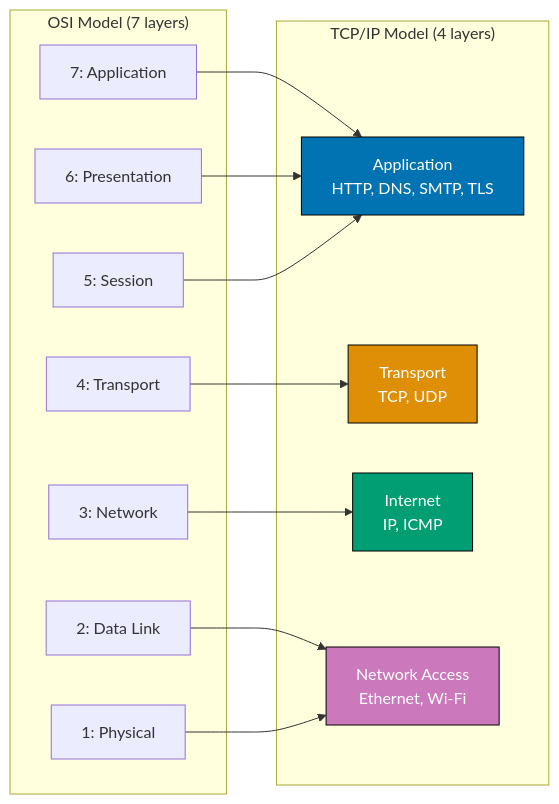
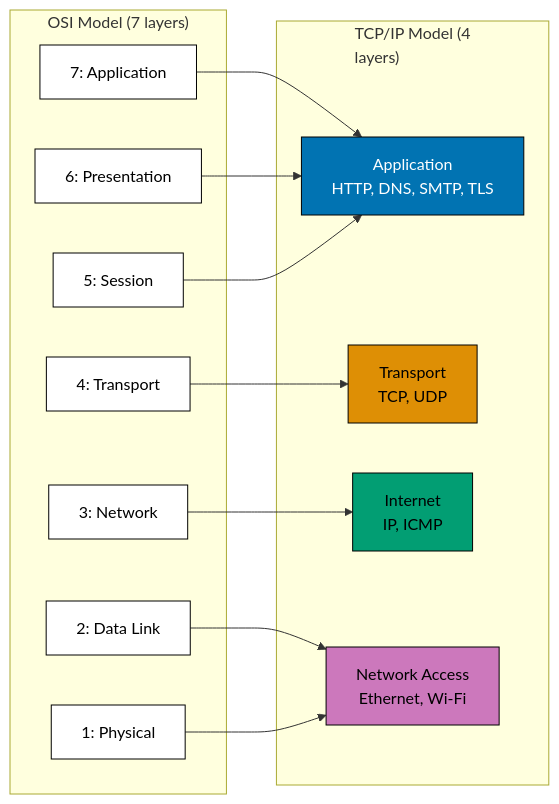
Before and after one commit to wahidyankf/ose-public: the second of 8 diagrams in apps/ayokoding-www/content/en/learn/legacy/software-engineering/networking/by-example/beginner.md, drawn with Mermaid. The commit also changed other lines of this file and 78 other files, not shown here.

First line of the commit message:
fix(mermaid): bring the remaining legacy software-engineering diagrams onto the accessible palette

````diff
--- a/apps/ayokoding-www/content/en/learn/legacy/software-engineering/networking/by-example/beginner.md
+++ b/apps/ayokoding-www/content/en/learn/legacy/software-engineering/networking/by-example/beginner.md
@@ -134,32 +142,39 @@
 ```mermaid
 %% Color Palette: Blue #0173B2, Orange #DE8F05, Teal #029E73, Purple #CC78BC, Brown #CA9161
 graph LR
+    accTitle: Example 3: TCP/IP Model vs OSI Model
+    accDescr: Graph with 11 nodes and 7 connections. Nodes: 7: Application, 6: Presentation, 5: Session, 4: Transport, 3: Network, 2: Data Link, 1: Physical, Application HTTP, DNS, SMTP, TLS, Transport TCP, UDP, Internet IP, ICMP, Network Access Ethernet, Wi-Fi. Connections: 7: Application to Application HTTP, DNS, SMTP, TLS, 6: Presentation to Application HTTP, DNS, SMTP, TLS, 5: Session to Application HTTP, DNS, SMTP, TLS, 4: Transport to Transport TCP, UDP, 3: Network to Internet IP, ICMP, 2: Data Link to Network Access Ethernet, Wi-Fi, 1: Physical to Network Access Ethernet, Wi-Fi.
     subgraph OSI["OSI Model (7 layers)"]
         O7["7: Application"]
         O6["6: Presentation"]
         O5["5: Session"]
         O4["4: Transport"]
         O3["3: Network"]
         O2["2: Data Link"]
         O1["1: Physical"]
     end
-    subgraph TCPIP["TCP/IP Model (4 layers)"]
+    subgraph TCPIP["TCP/IP Model (4<br/>layers)"]
         T4["Application<br/>HTTP, DNS, SMTP, TLS"]
         T3["Transport<br/>TCP, UDP"]
         T2["Internet<br/>IP, ICMP"]
         T1["Network Access<br/>Ethernet, Wi-Fi"]
     end
 
     O7 --> T4
     O6 --> T4
     O5 --> T4
     O4 --> T3
     O3 --> T2
     O2 --> T1
     O1 --> T1
 
-    style T4 fill:#0173B2,stroke:#000,color:#fff
-    style T3 fill:#DE8F05,stroke:#000,color:#fff
-    style T2 fill:#029E73,stroke:#000,color:#fff
-    style T1 fill:#CC78BC,stroke:#000,color:#fff
+    classDef pal-0173B2 fill:#0173B2,stroke:#000000,color:#FFFFFF
+    class T4 pal-0173B2
+    classDef pal-DE8F05 fill:#DE8F05,stroke:#000000,color:#000000
+    class T3 pal-DE8F05
+    classDef pal-029E73 fill:#029E73,stroke:#000000,color:#000000
+    class T2 pal-029E73
+    classDef pal-CC78BC fill:#CC78BC,stroke:#000000,color:#000000
+    class T1 pal-CC78BC
+    classDef default fill:#FFFFFF,stroke:#000000,color:#000000
 ```
````
